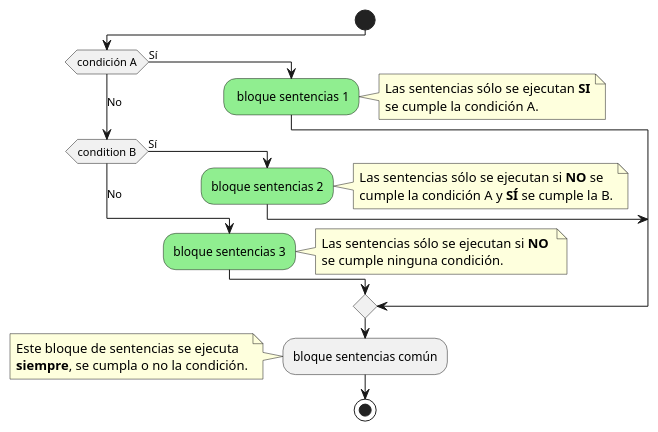
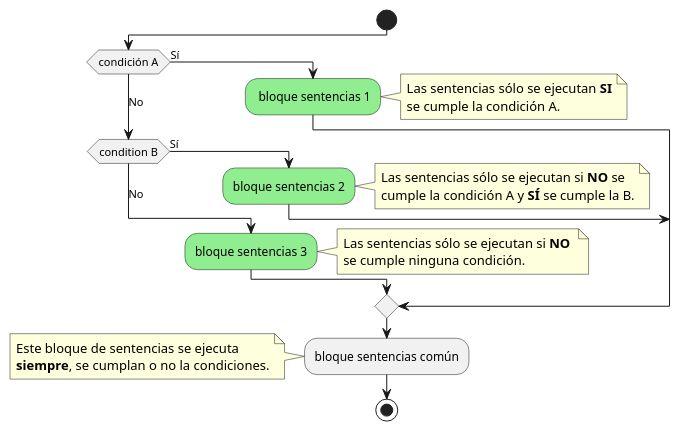
The fourth of 4 diagrams in UD6.md (javillegas2025/GBD), drawn with PlantUML before and after one commit.

````diff
--- a/UD6.md
+++ b/UD6.md
@@ -515,31 +515,31 @@
 ```puml {align="center", style="zoom:1"}
     @startuml
 !pragma useVerticalIf on
 start
 if (condición A) then (Sí)
 #lightgreen: bloque sentencias 1;
 note right
 Las sentencias sólo se ejecutan **SI**
 se cumple la condición A.
 end note
 (No) elseif (condition B) then (Sí)
 #lightgreen:bloque sentencias 2;
 note right
 Las sentencias sólo se ejecutan si **NO** se
 cumple la condición A y **SÍ** se cumple la B.
 end note
 else (No)
 #lightgreen:bloque sentencias 3;
 note right
 Las sentencias sólo se ejecutan si **NO** 
 se cumple ninguna condición.
 end note
 end if
 :bloque sentencias común;
 note
 Este bloque de sentencias se ejecuta
-**siempre**, se cumpla o no la condición.
+**siempre**, se cumplan o no la condiciones.
 end note
 stop
 @enduml
 ```
````
